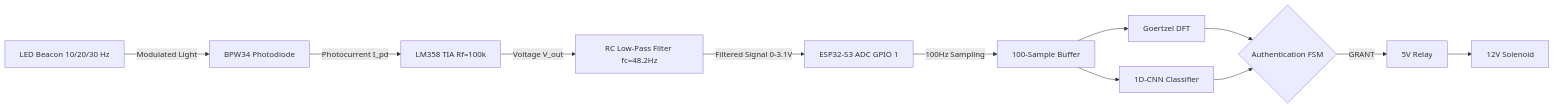
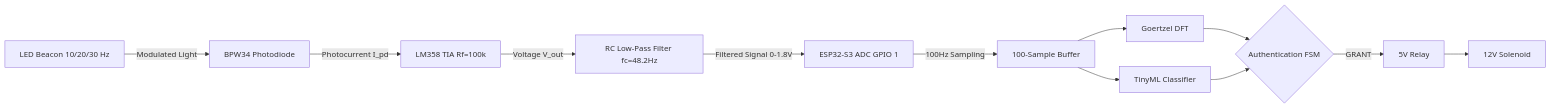
One commit to kik1211/nova-vlc-secure-docking changed the second of 2 diagrams in README.md. Above: the diagram before and after it, drawn with Mermaid. The commit also changed other lines of this file and 14 other files, not shown here.

````diff
--- a/README.md
+++ b/README.md
@@ -68,13 +68,13 @@
 ```mermaid
 graph LR
     LED[LED Beacon 10/20/30 Hz] -->|Modulated Light| PD[BPW34 Photodiode]
     PD -->|Photocurrent I_pd| TIA[LM358 TIA Rf=100k]
     TIA -->|Voltage V_out| LPF[RC Low-Pass Filter fc=48.2Hz]
-    LPF -->|Filtered Signal 0-3.1V| ADC[ESP32-S3 ADC GPIO 1]
+    LPF -->|Filtered Signal 0-1.8V| ADC[ESP32-S3 ADC GPIO 1]
     ADC -->|100Hz Sampling| BUF[100-Sample Buffer]
     BUF --> DSP[Goertzel DFT]
-    BUF --> ML[1D-CNN Classifier]
+    BUF --> ML[TinyML Classifier]
     DSP --> GATE{Authentication FSM}
     ML --> GATE
     GATE -->|GRANT| RELAY[5V Relay] --> LOCK[12V Solenoid]
 ```
````
